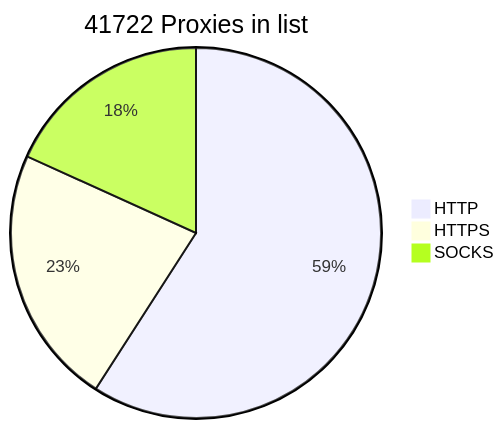
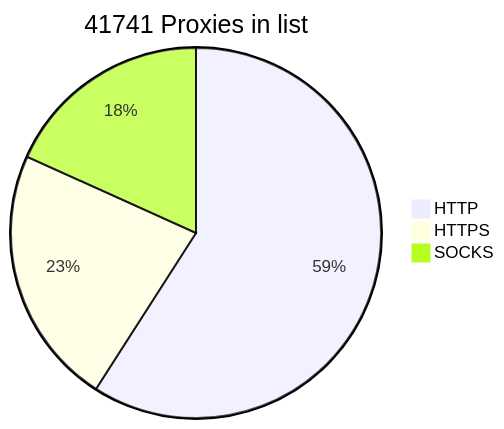
One commit to BlackSnowDot/proxylist-update-every-minute changed the diagram in README.md. Above: the diagram before and after it, drawn with Mermaid.

````diff
--- a/README.md
+++ b/README.md
@@ -2,6 +2,6 @@
 ```mermaid
-pie title 41722 Proxies in list
+pie title 41741 Proxies in list
     "HTTP" : 29048
     "HTTPS": 11150
-    "SOCKS" : 8957
+    "SOCKS" : 8976
 ```
````
